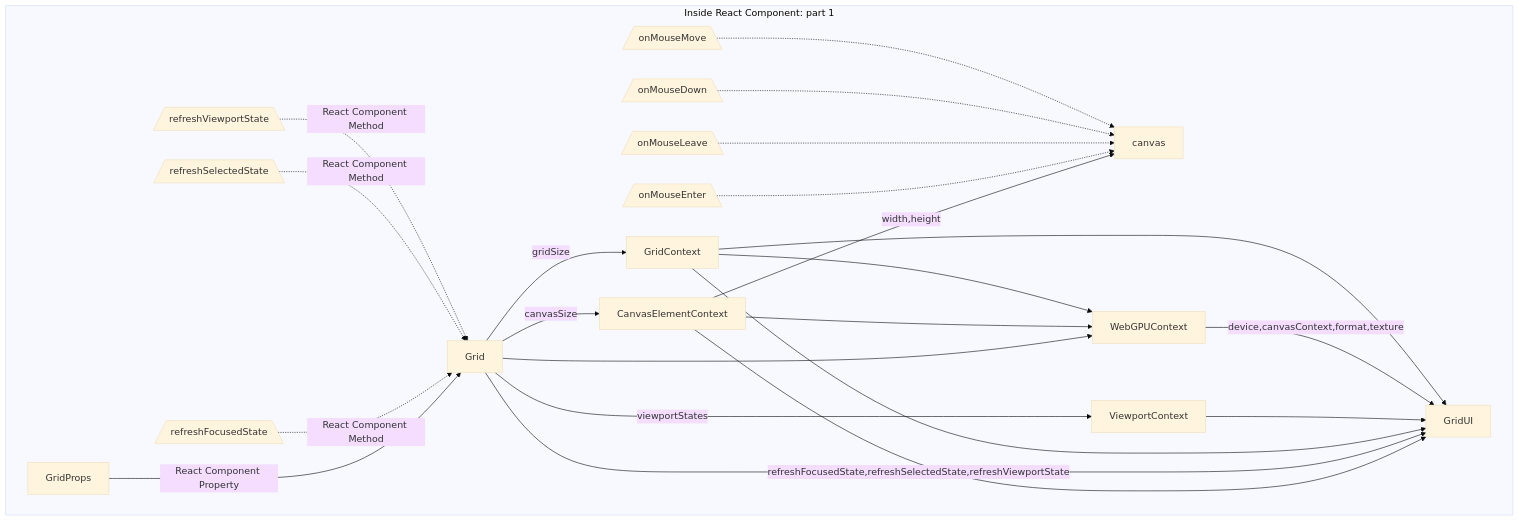
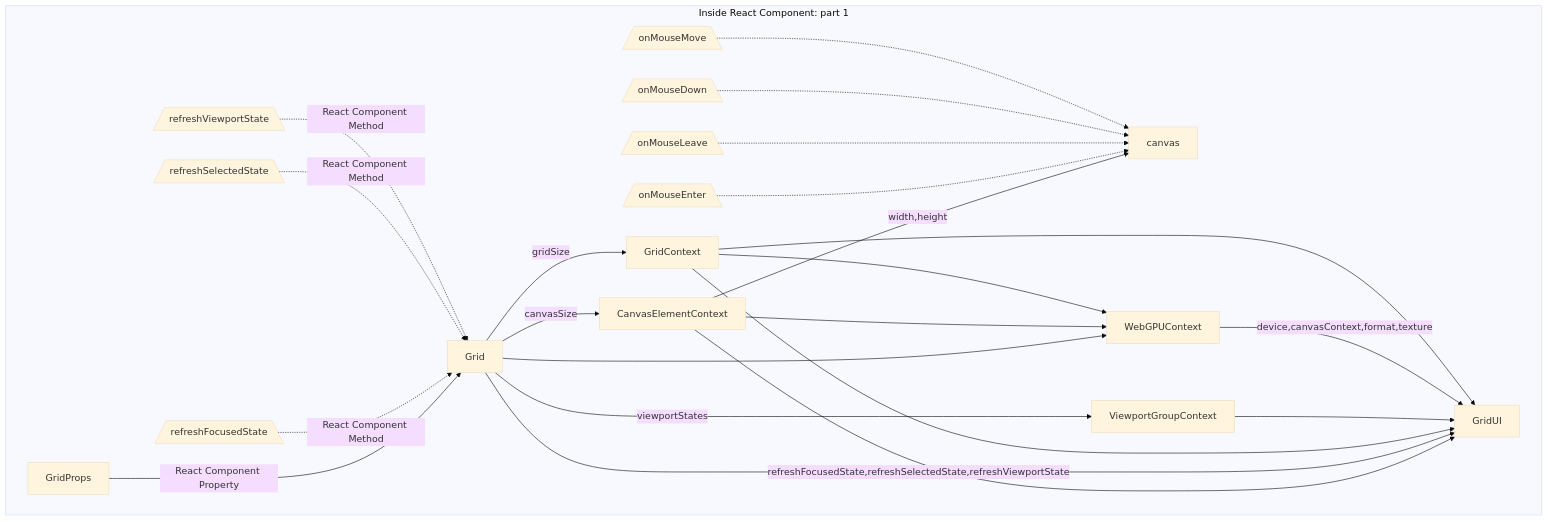
One commit to kubohiroya/webgpu-react-bitmap-viewport changed the third of 4 diagrams in README.md. Above: the diagram before and after it, drawn with Mermaid (base theme). The commit also changed 9 other files, not shown here.

````diff
--- a/README.md
+++ b/README.md
@@ -161,22 +161,22 @@
 ```mermaid
 graph TD;
     subgraph Inside React Component: part 1
     GridProps ---> |React Component Property| Grid
         refreshFocusedState[/refreshFocusedState\] -.-> |React Component Method| Grid
         refreshSelectedState[/refreshSelectedState\] -.-> |React Component Method| Grid
         refreshViewportState[/refreshViewportState\] -.-> |React Component Method| Grid
     Grid --> |canvasSize|CanvasElementContext --> GridUI
     CanvasElementContext --> |width,height|canvas
     Grid --> |refreshFocusedState,refreshSelectedState,refreshViewportState|GridUI
     Grid --> |gridSize|GridContext --> GridUI
-    Grid --> |viewportStates|ViewportContext --> GridUI     
+    Grid --> |viewportStates|ViewportGroupContext --> GridUI     
     Grid --> WebGPUContext --> |device,canvasContext,format,texture| GridUI
     GridContext --> GridUI
     CanvasElementContext --> WebGPUContext
     GridContext --> WebGPUContext
     onMouseEnter[/onMouseEnter\] -.-> canvas
     onMouseOut[/onMouseLeave\] -.-> canvas
     onMouseDown[/onMouseDown\] -.-> canvas
     onMouseMove[/onMouseMove\] -.-> canvas
     end
 ```
````
